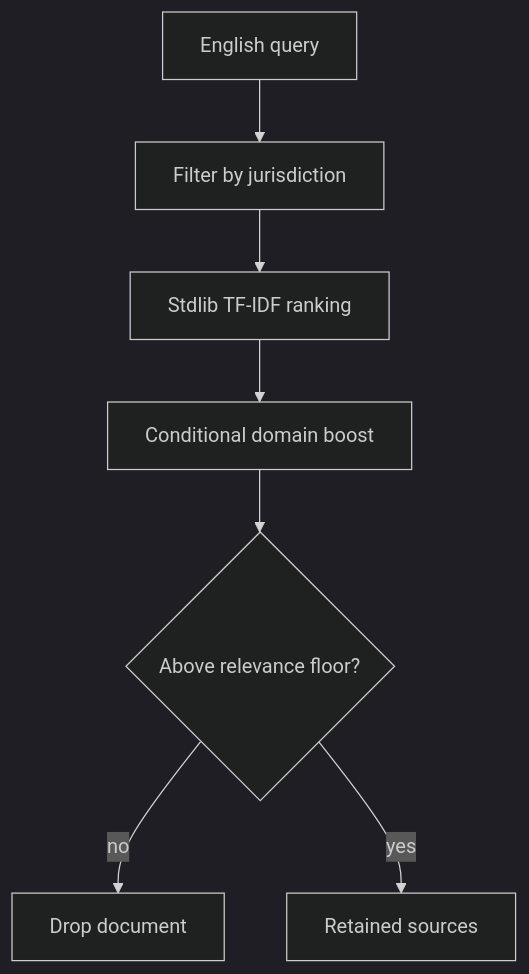
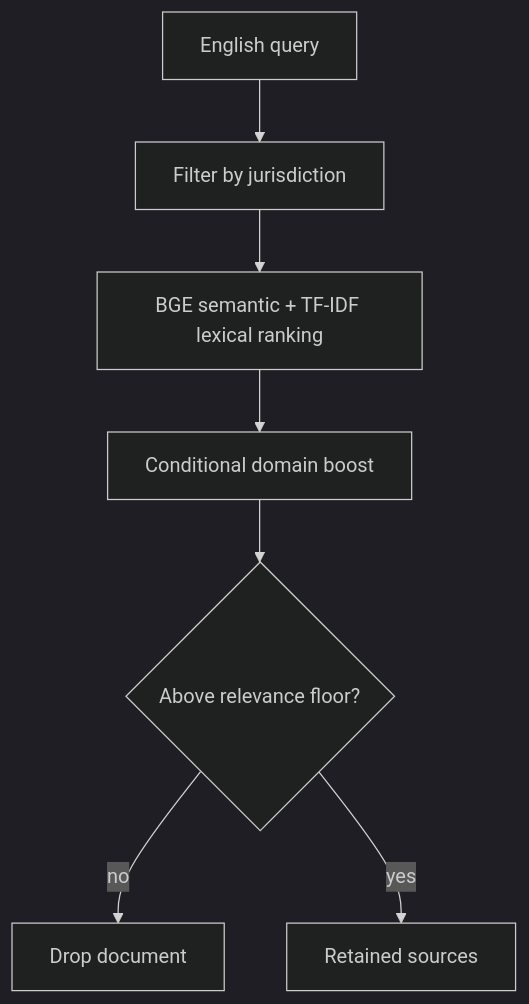
One commit to Keerthana9447/sutradhara_sih changed the sixth of 6 diagrams in README.md. Above: the diagram before and after it, drawn with Mermaid (dark theme). The commit also changed other lines of this file and 42 other files, not shown here.

````diff
--- a/README.md
+++ b/README.md
@@ -304,9 +334,9 @@
 ```mermaid
 flowchart TD
     QRY["English query"] --> HARD["Filter by jurisdiction"]
-    HARD --> SCORE["Stdlib TF-IDF ranking"]
+    HARD --> SCORE["BGE semantic + TF-IDF lexical ranking"]
     SCORE --> BOOST["Conditional domain boost"]
     BOOST --> FLOOR{"Above relevance floor?"}
     FLOOR -->|"no"| DROP["Drop document"]
     FLOOR -->|"yes"| RETAIN["Retained sources"]
 ```
````
